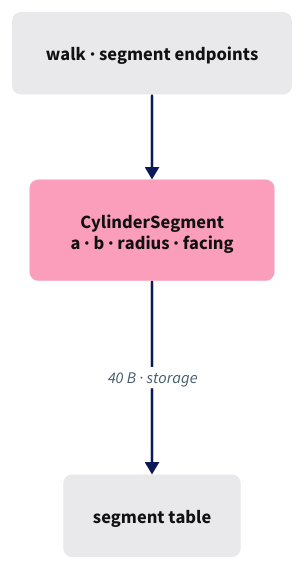
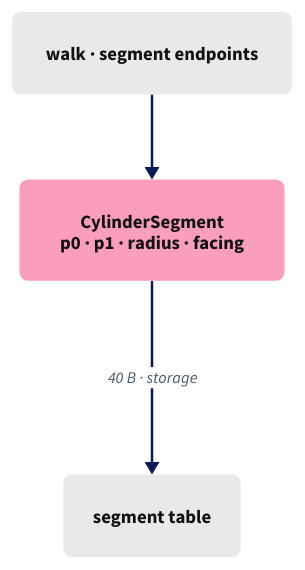
The diagram in session_viewer/docs/diagrams/04b-02.d2 (petrasvestartas/session), drawn with D2 before and after one commit. The commit also changed 47 other files, not shown here.

```diff
--- a/session_viewer/docs/diagrams/04b-02.d2
+++ b/session_viewer/docs/diagrams/04b-02.d2
@@ -1,14 +1,14 @@
 vars: { d2-config: { layout-engine: elk; pad: 20; theme-id: 0 } }
 style: { fill: "#ffffff" }
 classes: {
   box:   { style: { fill: "#e9e9ec"; stroke: "#e9e9ec"; border-radius: 6; font-size: 15; font-color: "#111111" } }
   focus: { style: { fill: "#fa9ebc"; stroke: "#fa9ebc"; border-radius: 6; font-size: 15; font-color: "#111111" } }
 }
 direction: down
 
 W: "walk · segment endpoints" { class: box }
-R: "CylinderSegment\na · b · radius · facing" { class: focus }
+R: "CylinderSegment\np0 · p1 · radius · facing" { class: focus }
 T: "segment table" { class: box }
 
 W -> R { style: { stroke: "#0b1957"; stroke-width: 2; font-size: 13; font-color: "#455b6b" } }
 R -> T: "40 B · storage" { style: { stroke: "#0b1957"; stroke-width: 2; font-size: 13; font-color: "#455b6b" } }
```
